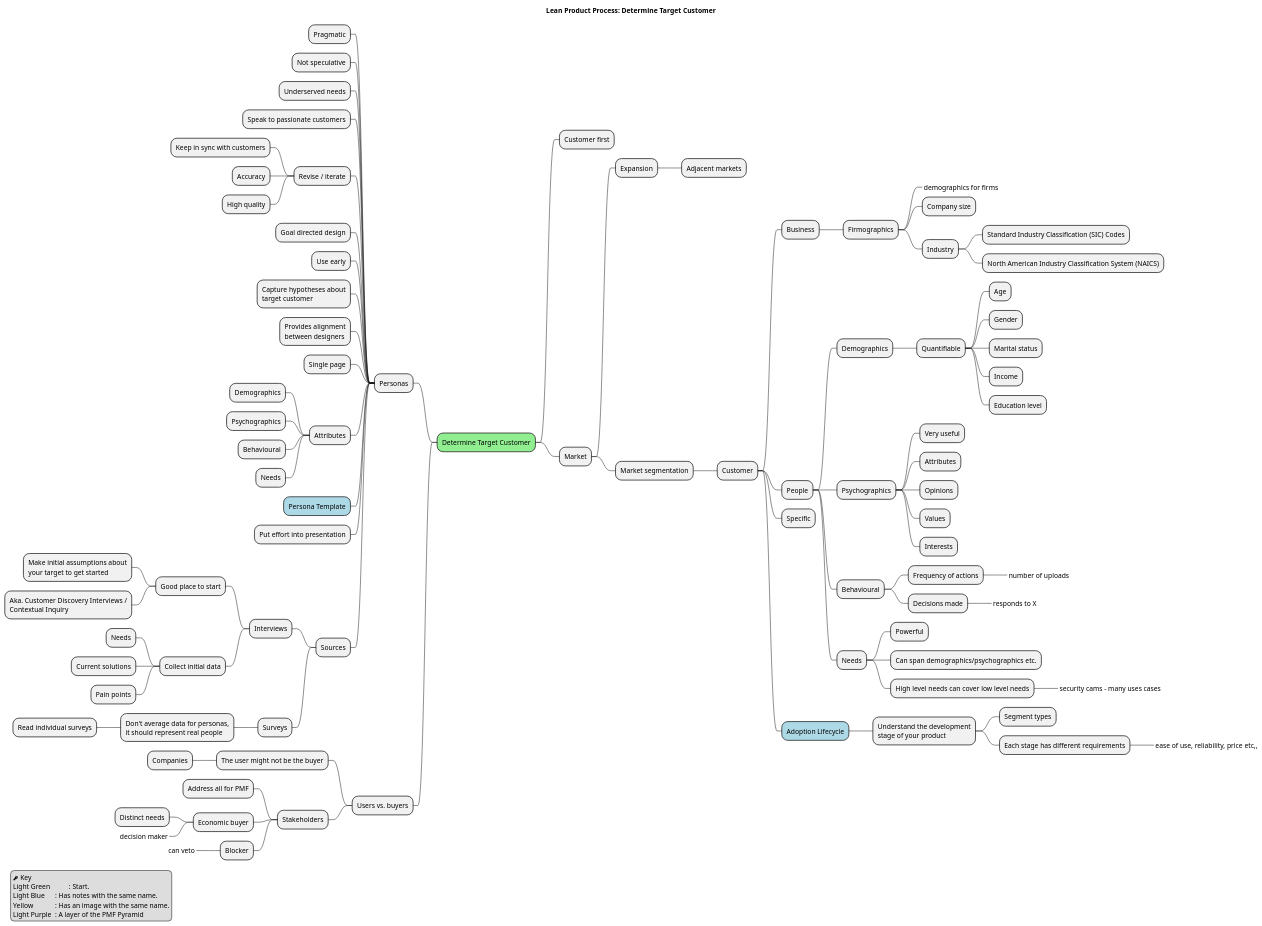
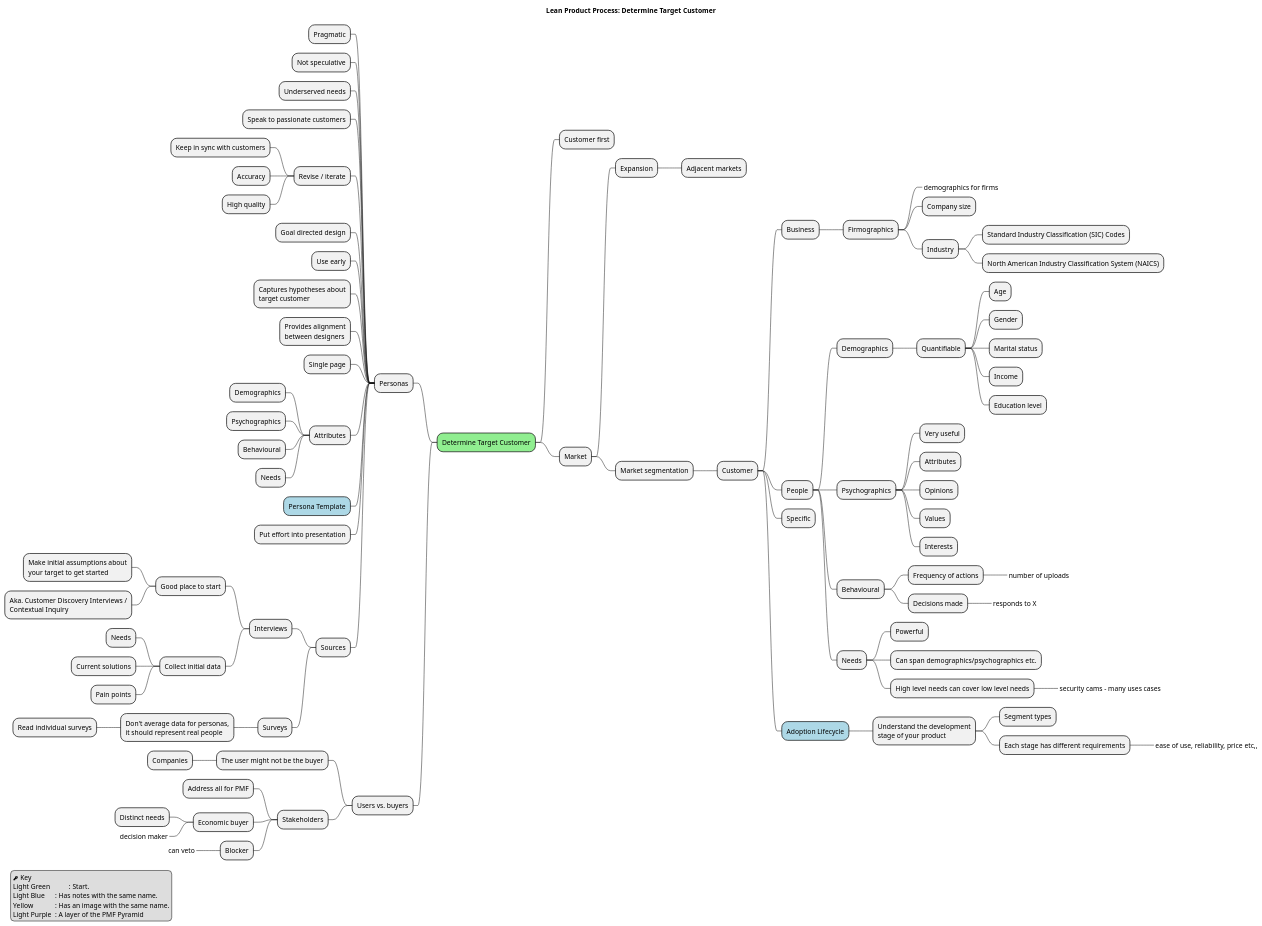
One commit to 0b10/notes changed the diagram in dev/interactive-design/the-lean-product-playbook/part-ii-the-lean-product-process/3-determine-your-target-customer/mindmap.puml. Above: the diagram before and after it, drawn with PlantUML. The commit also changed 1 other file, not shown here.

```diff
--- a/dev/interactive-design/the-lean-product-playbook/part-ii-the-lean-product-process/3-determine-your-target-customer/mindmap.puml
+++ b/dev/interactive-design/the-lean-product-playbook/part-ii-the-lean-product-process/3-determine-your-target-customer/mindmap.puml
@@ -1,113 +1,113 @@
 @startmindmap
 
 legend left
   <&key> Key
   Light Green   \t: Start.
   Light Blue    \t: Has notes with the same name.
   Yellow        \t: Has an image with the same name.
   Light Purple  \t: A layer of the PMF Pyramid
 endlegend
 
 title Lean Product Process: Determine Target Customer
 
 *[#lightgreen] Determine Target Customer
 ** Customer first
 ** Market
 *** Expansion
 **** Adjacent markets
 *** Market segmentation
 **** Customer
 ***** Business
 ****** Firmographics
 *******_ demographics for firms
 ******* Company size
 ******* Industry
 ******** Standard Industry Classification (SIC) Codes
 ******** North American Industry Classification System (NAICS)
 ***** People
 ****** Demographics
 ******* Quantifiable
 ******** Age
 ******** Gender
 ******** Marital status
 ******** Income
 ******** Education level
 ****** Psychographics
 ******* Very useful
 ******* Attributes
 ******* Opinions
 ******* Values
 ******* Interests
 ****** Behavioural
 ******* Frequency of actions
 ********_ number of uploads
 ******* Decisions made
 ********_ responds to X
 ****** Needs
 ******* Powerful
 ******* Can span demographics/psychographics etc.
 ******* High level needs can cover low level needs
 ********_ security cams - many uses cases
 ***** Specific
 *****[#lightblue] Adoption Lifecycle
 ******:Understand the development
 stage of your product;
 ******* Segment types
 ******* Each stage has different requirements
 ********_ ease of use, reliability, price etc,,
 
 left side
 
 ** Personas
 *** Pragmatic
 *** Not speculative
 *** Underserved needs
 *** Speak to passionate customers
 *** Revise / iterate
 **** Keep in sync with customers
 **** Accuracy
 **** High quality
 *** Goal directed design
 *** Use early
-***:Capture hypotheses about
+***:Captures hypotheses about
 target customer;
 ***:Provides alignment
 between designers;
 *** Single page
 *** Attributes
 **** Demographics
 **** Psychographics
 **** Behavioural
 **** Needs
 ***[#lightblue] Persona Template
 *** Put effort into presentation
 *** Sources
 **** Interviews
 ***** Good place to start
 ******:Make initial assumptions about
 your target to get started;
 ******:Aka. Customer Discovery Interviews /
 Contextual Inquiry;
 ***** Collect initial data
 ****** Needs
 ****** Current solutions
 ****** Pain points
 **** Surveys
 *****:Don't average data for personas,
 it should represent real people;
 ****** Read individual surveys
 
 
 ** Users vs. buyers
 *** The user might not be the buyer
 **** Companies
 *** Stakeholders
 **** Address all for PMF
 **** Economic buyer
 ***** Distinct needs
 *****_ decision maker
 **** Blocker
 *****_ can veto
 
 
 @endmindmap
```
